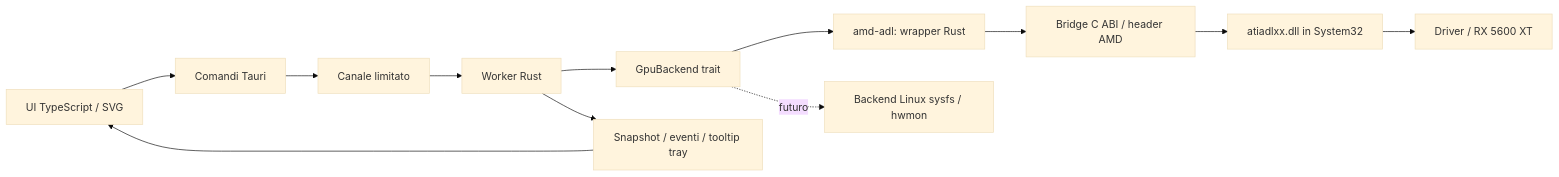
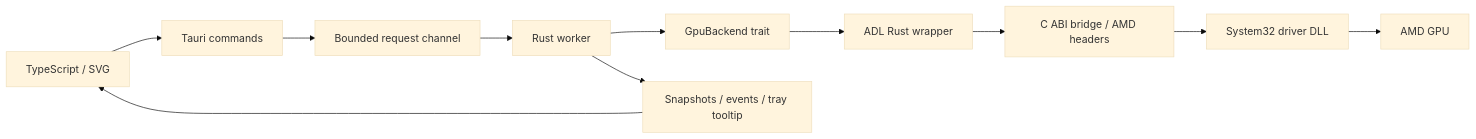
One commit to itsmrma/amd-fan-control changed the diagram in docs/ARCHITECTURE.md. Above: the diagram before and after it, drawn with Mermaid (base theme). The commit also changed other lines of this file and 21 other files, not shown here.

````diff
--- a/docs/ARCHITECTURE.md
+++ b/docs/ARCHITECTURE.md
@@ -18,14 +11,13 @@
 ```mermaid
 flowchart LR
-    UI[UI TypeScript / SVG] --> IPC[Comandi Tauri]
-    IPC --> Q[Canale limitato]
-    Q --> W[Worker Rust]
+    UI[TypeScript / SVG] --> IPC[Tauri commands]
+    IPC --> Q[Bounded request channel]
+    Q --> W[Rust worker]
     W --> T[GpuBackend trait]
-    T --> R[amd-adl: wrapper Rust]
-    R --> C[Bridge C ABI / header AMD]
-    C --> D[atiadlxx.dll in System32]
-    D --> GPU[Driver / RX 5600 XT]
-    T -. futuro .-> L[Backend Linux sysfs / hwmon]
-    W --> E[Snapshot / eventi / tooltip tray]
+    T --> R[ADL Rust wrapper]
+    R --> C[C ABI bridge / AMD headers]
+    C --> D[System32 driver DLL]
+    D --> GPU[AMD GPU]
+    W --> E[Snapshots / events / tray tooltip]
     E --> UI
 ```
````
